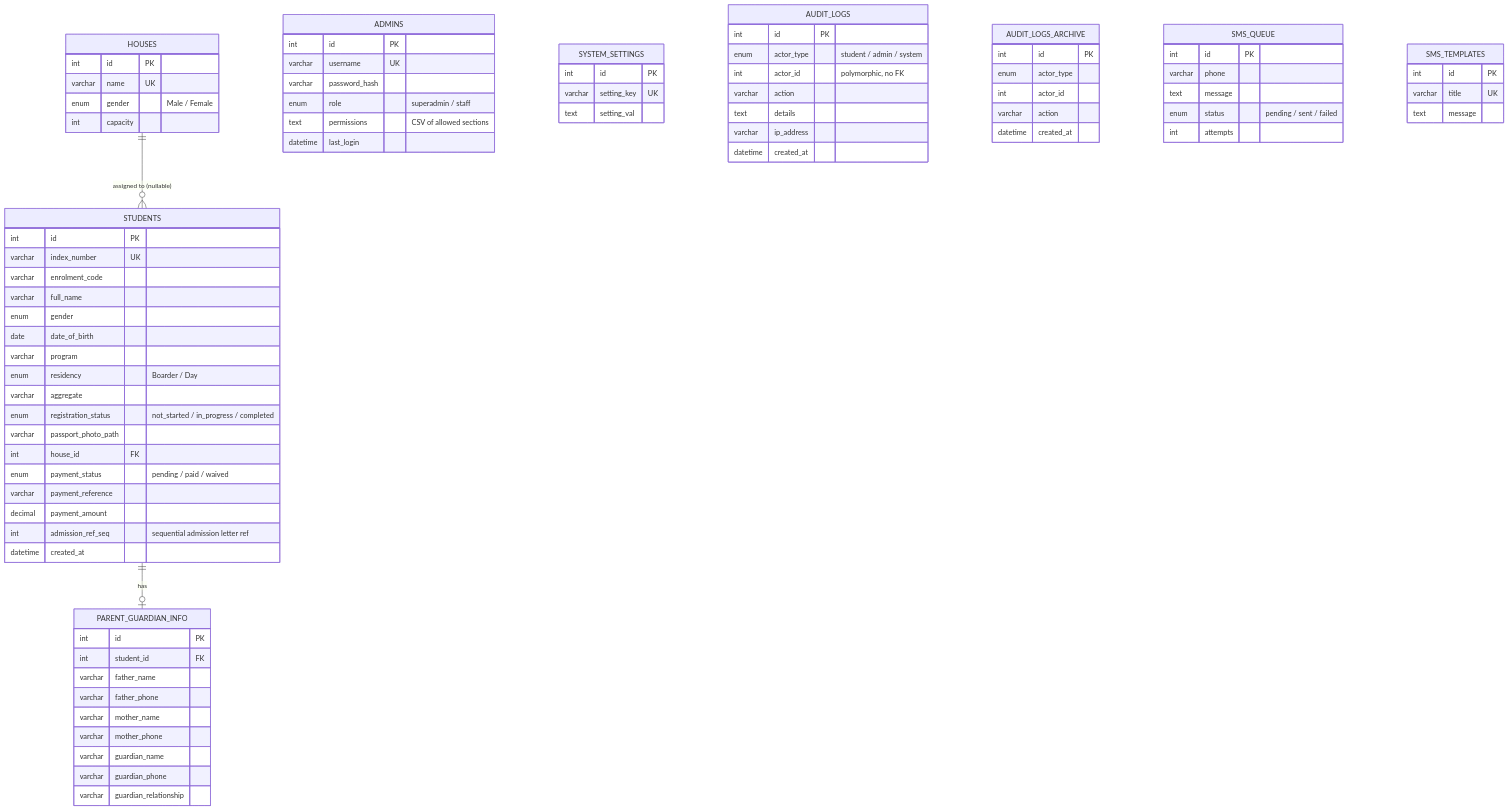
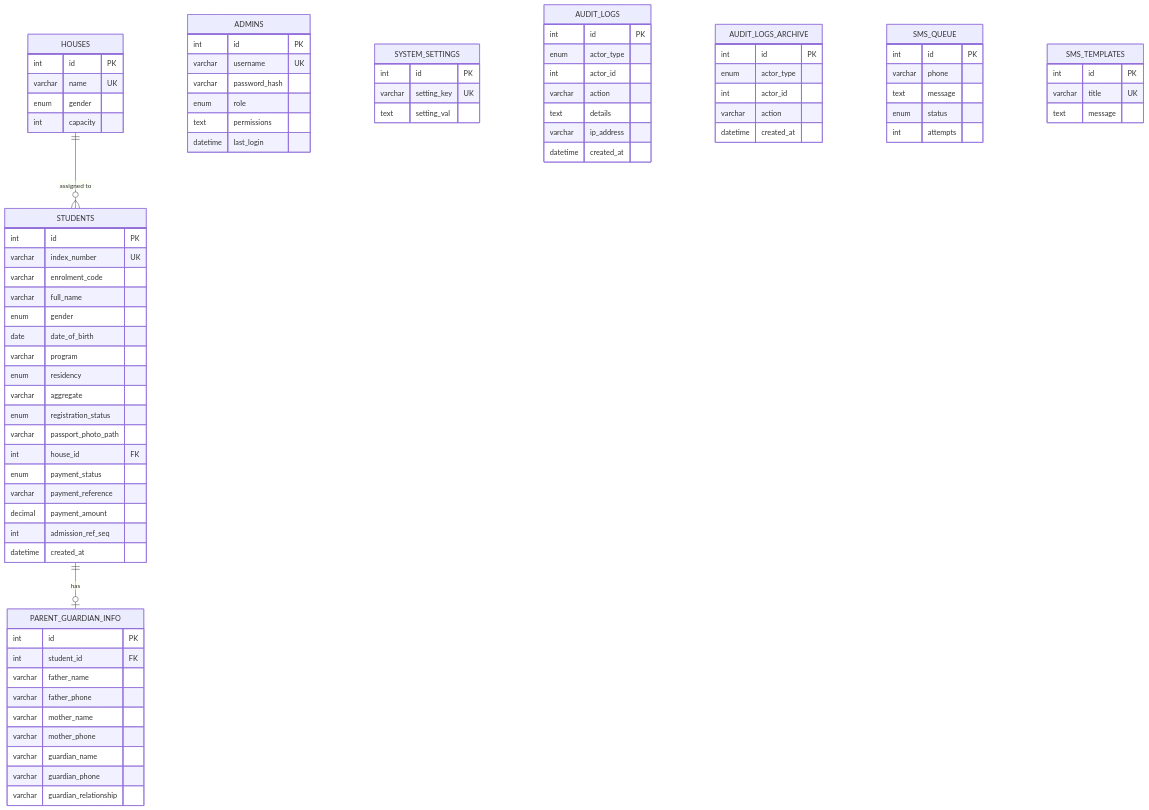
Before and after one commit to blinksitsolution-web/cdti-online-admission-portal: the diagram in README.md, drawn with Mermaid. The commit also changed other lines of this file and 10 other files, not shown here.

First line of the commit message:
Move Paystack/Hubtel credentials to .env; fix README ERD render, drop non-README docs

````diff
--- a/README.md
+++ b/README.md
@@ -38,7 +38,7 @@
 ```mermaid
 erDiagram
-    HOUSES ||--o{ STUDENTS : "assigned to (nullable)"
-    STUDENTS ||--o| PARENT_GUARDIAN_INFO : "has"
+    HOUSES ||--o{ STUDENTS : "assigned to"
+    STUDENTS ||--o| PARENT_GUARDIAN_INFO : has
 
     STUDENTS {
         int id PK
@@ -48,15 +48,15 @@
         enum gender
         date date_of_birth
         varchar program
-        enum residency "Boarder / Day"
+        enum residency
         varchar aggregate
-        enum registration_status "not_started / in_progress / completed"
+        enum registration_status
         varchar passport_photo_path
         int house_id FK
-        enum payment_status "pending / paid / waived"
+        enum payment_status
         varchar payment_reference
         decimal payment_amount
-        int admission_ref_seq "sequential admission letter ref"
+        int admission_ref_seq
         datetime created_at
     }
     PARENT_GUARDIAN_INFO {
@@ -73,15 +73,15 @@
     HOUSES {
         int id PK
         varchar name UK
-        enum gender "Male / Female"
+        enum gender
         int capacity
     }
     ADMINS {
         int id PK
         varchar username UK
         varchar password_hash
-        enum role "superadmin / staff"
-        text permissions "CSV of allowed sections"
+        enum role
+        text permissions
         datetime last_login
     }
     SYSTEM_SETTINGS {
@@ -91,8 +91,8 @@
     }
     AUDIT_LOGS {
         int id PK
-        enum actor_type "student / admin / system"
-        int actor_id "polymorphic, no FK"
+        enum actor_type
+        int actor_id
         varchar action
         text details
         varchar ip_address
@@ -109,7 +109,7 @@
         int id PK
         varchar phone
         text message
-        enum status "pending / sent / failed"
+        enum status
         int attempts
     }
     SMS_TEMPLATES {
````
